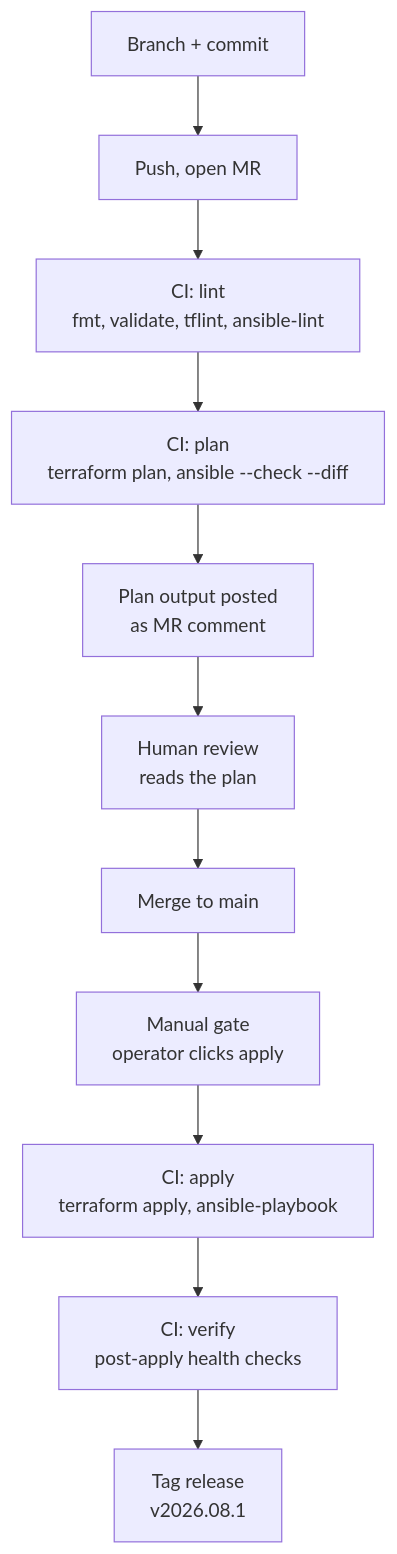
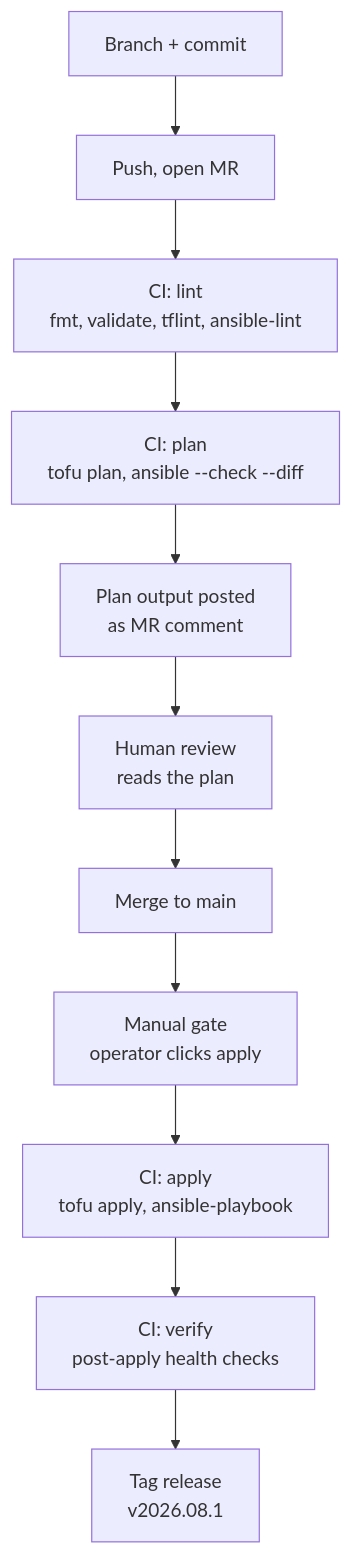
Before and after one commit to sroktech/proxmox-ceph-vps-blueprint: the second of 2 diagrams in docs/09-phase4-images-and-iac.md, drawn with Mermaid. The commit also changed other lines of this file and 37 other files, not shown here.

````diff
--- a/docs/09-phase4-images-and-iac.md
+++ b/docs/09-phase4-images-and-iac.md
@@ -527,14 +527,14 @@
 ```mermaid
 %%{init: {"flowchart": {"htmlLabels": true, "wrappingWidth": 400, "subGraphTitleMargin": {"top": 6, "bottom": 14}}}}%%
 flowchart TB
     A["Branch + commit"] --> B["Push, open MR"]
     B --> C["CI: lint<br/>fmt, validate, tflint, ansible-lint"]
-    C --> D["CI: plan<br/>terraform plan, ansible --check --diff"]
+    C --> D["CI: plan<br/>tofu plan, ansible --check --diff"]
     D --> E["Plan output posted<br/>as MR comment"]
     E --> F["Human review<br/>reads the plan"]
     F --> G["Merge to main"]
     G --> H["Manual gate<br/>operator clicks apply"]
-    H --> I["CI: apply<br/>terraform apply, ansible-playbook"]
+    H --> I["CI: apply<br/>tofu apply, ansible-playbook"]
     I --> J["CI: verify<br/>post-apply health checks"]
     J --> K["Tag release<br/>v2026.08.1"]
 ```
````
